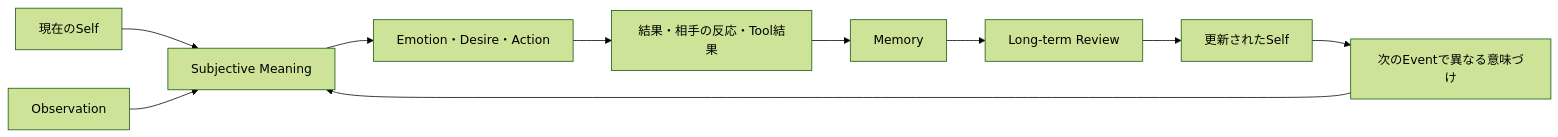
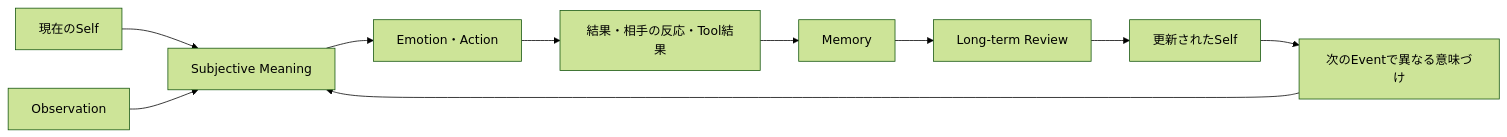
Before and after one commit to if001/social_agent: the fifth of 5 diagrams in docs/AGENT_MOTIVATION_MODEL.md, drawn with Mermaid (forest theme). The commit also changed other lines of this file and 11 other files, not shown here.

````diff
--- a/docs/AGENT_MOTIVATION_MODEL.md
+++ b/docs/AGENT_MOTIVATION_MODEL.md
@@ -150,12 +147,12 @@
 ```mermaid
 flowchart LR
     S1["現在のSelf"] --> M["Subjective Meaning"]
     O["Observation"] --> M
-    M --> A["Emotion・Desire・Action"]
+    M --> A["Emotion・Action"]
     A --> R["結果・相手の反応・Tool結果"]
     R --> MEM["Memory"]
     MEM --> REVIEW["Long-term Review"]
     REVIEW --> S2["更新されたSelf"]
     S2 --> NEXT["次のEventで異なる意味づけ"]
     NEXT --> M
 ```
````
